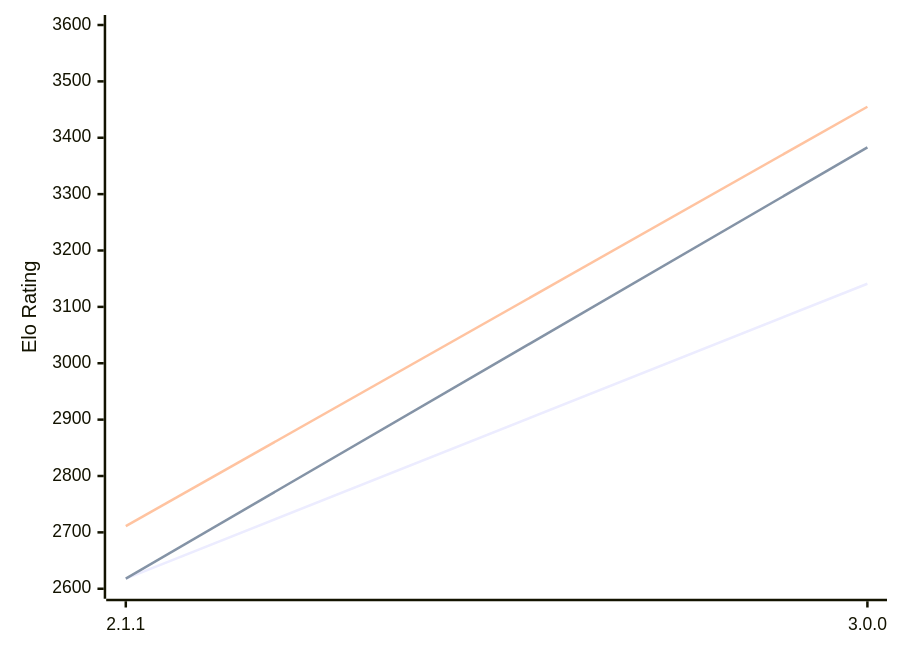
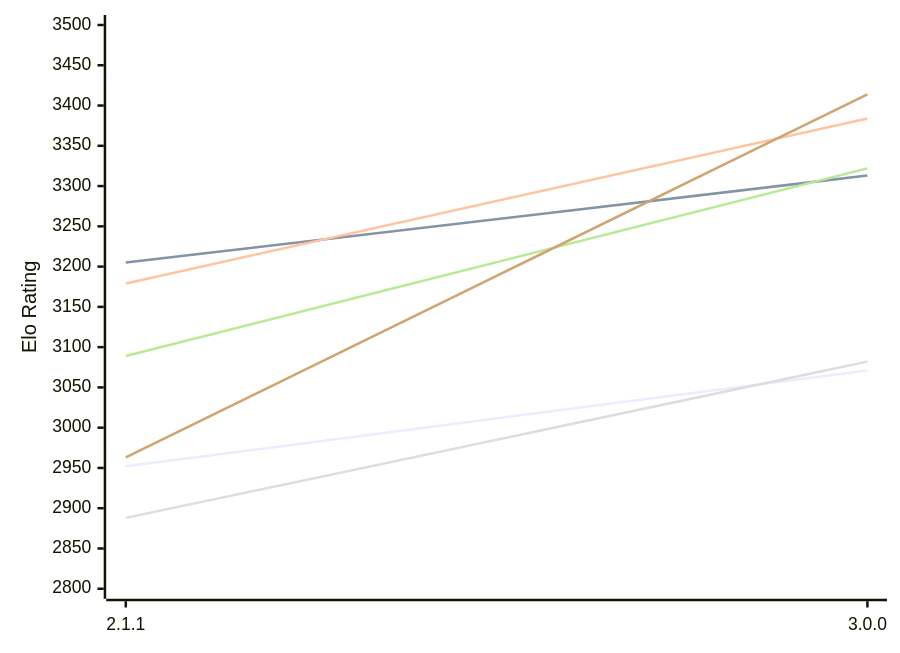
The first of 2 diagrams in engines/Bread.md (computer-chess-index/cci), drawn with Mermaid before and after one commit. The commit also changed other lines of this file, not shown here.

Commit message:
Update CCI Ratings (ELO VLTC) - 2026-11-13

````diff
--- a/engines/Bread.md
+++ b/engines/Bread.md
@@ -51,12 +51,12 @@
 ```mermaid
 %%{init: {"theme":"base","themeVariables":{"seriesColors:['#a3a3a3','#222221','#faa371']}}}%%
 xychart-beta
   x-axis ["2.1.1", "3.0.0"]
-  y-axis "Elo Rating" 2600 --> 3600
-  line "E1: STC (8.0+0.08s)" [2618, 3141]
-  line "E1: LTC (60.0+0.60s)" [2618, 3383]
-  line "E1: VLTC (2m24s+1.12s)" [2711, 3455]
-  line "P1: STC (8.0+0.08s)" [3248]
-  line "P1: LTC (60.0+0.60s)" [3490]
-  line "P1: VLTC (2m24s+1.12s)" [3582]
+  y-axis "Elo Rating" 2800 --> 3500
+  line "E1: STC (8.0+0.08s)" [2952, 3071]
+  line "E1: LTC (60.0+0.60s)" [3205, 3313]
+  line "E1: VLTC (2m24s+1.12s)" [3179, 3384]
+  line "P1: STC (8.0+0.08s)" [2888, 3082]
+  line "P1: LTC (60.0+0.60s)" [3089, 3322]
+  line "P1: VLTC (2m24s+1.12s)" [2963, 3414]
 ```
````
